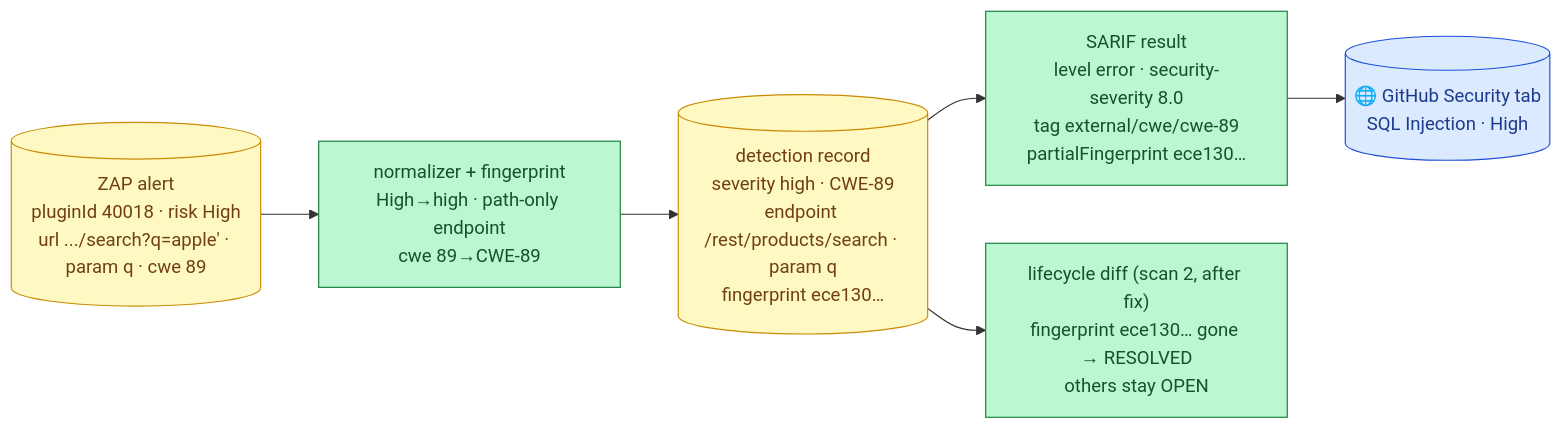
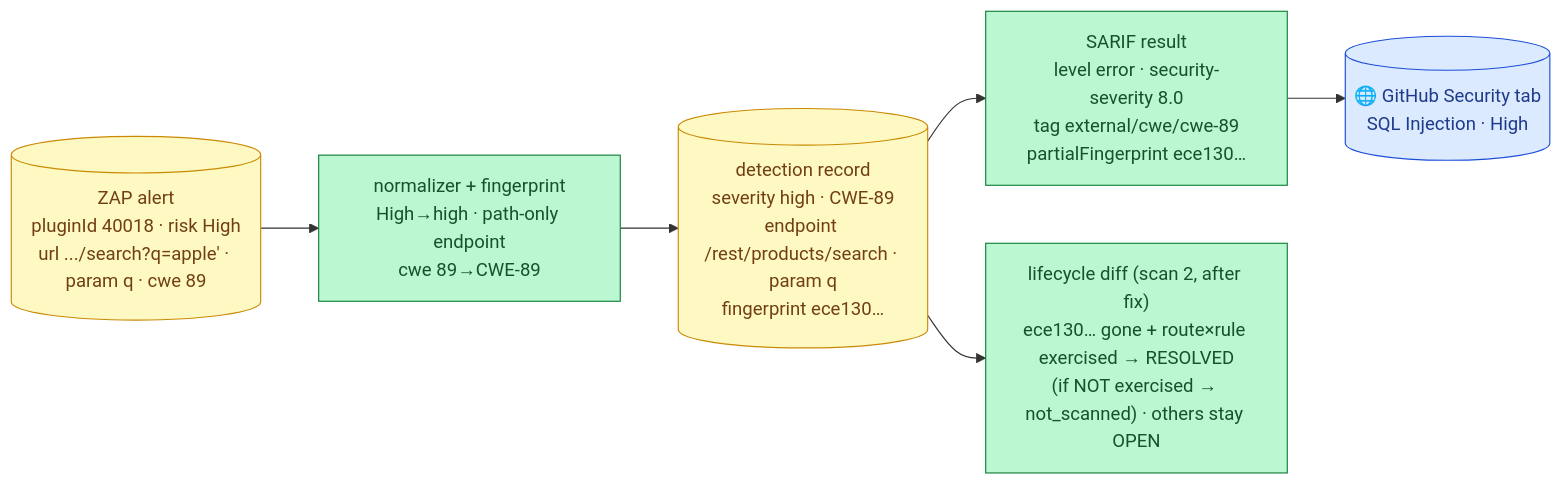
One commit to CodyYang2016/Dast-Scanning-Tool changed the sixth of 6 diagrams in docs/junior_engineer/architecture_overview.md. Above: the diagram before and after it, drawn with Mermaid. The commit also changed other lines of this file and 1 other file, not shown here.

First line of the commit message:
docs: document seed/explore + coverage-aware lifecycle in README and architecture overview

````diff
--- a/docs/junior_engineer/architecture_overview.md
+++ b/docs/junior_engineer/architecture_overview.md
@@ -232,16 +295,16 @@
 ```mermaid
 flowchart LR
     a[("ZAP alert<br/>pluginId 40018 · risk High<br/>url .../search?q=apple' · param q · cwe 89")]:::data
     b["normalizer + fingerprint<br/>High→high · path-only endpoint<br/>cwe 89→CWE-89"]:::build
     c[("detection record<br/>severity high · CWE-89<br/>endpoint /rest/products/search · param q<br/>fingerprint ece130…")]:::data
     d["SARIF result<br/>level error · security-severity 8.0<br/>tag external/cwe/cwe-89<br/>partialFingerprint ece130…"]:::build
     e[("🌐 GitHub Security tab<br/>SQL Injection · High")]:::ext
-    f["lifecycle diff (scan 2, after fix)<br/>fingerprint ece130… gone → RESOLVED<br/>others stay OPEN"]:::build
+    f["lifecycle diff (scan 2, after fix)<br/>ece130… gone + route×rule exercised → RESOLVED<br/>(if NOT exercised → not_scanned) · others stay OPEN"]:::build
 
     a --> b --> c --> d --> e
     c --> f
 
     classDef data fill:#fef9c3,stroke:#ca8a04,color:#713f12
     classDef build fill:#bbf7d0,stroke:#15803d,color:#14532d
     classDef ext fill:#dbeafe,stroke:#1d4ed8,color:#1e3a8a
 ```
````
